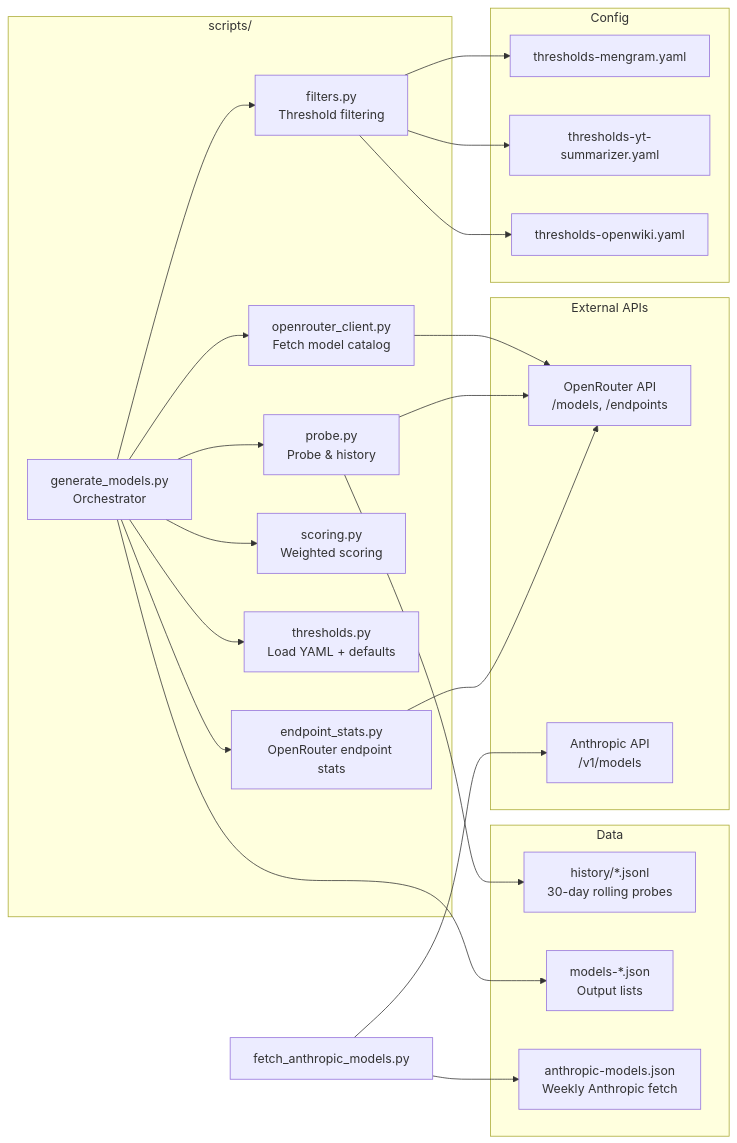
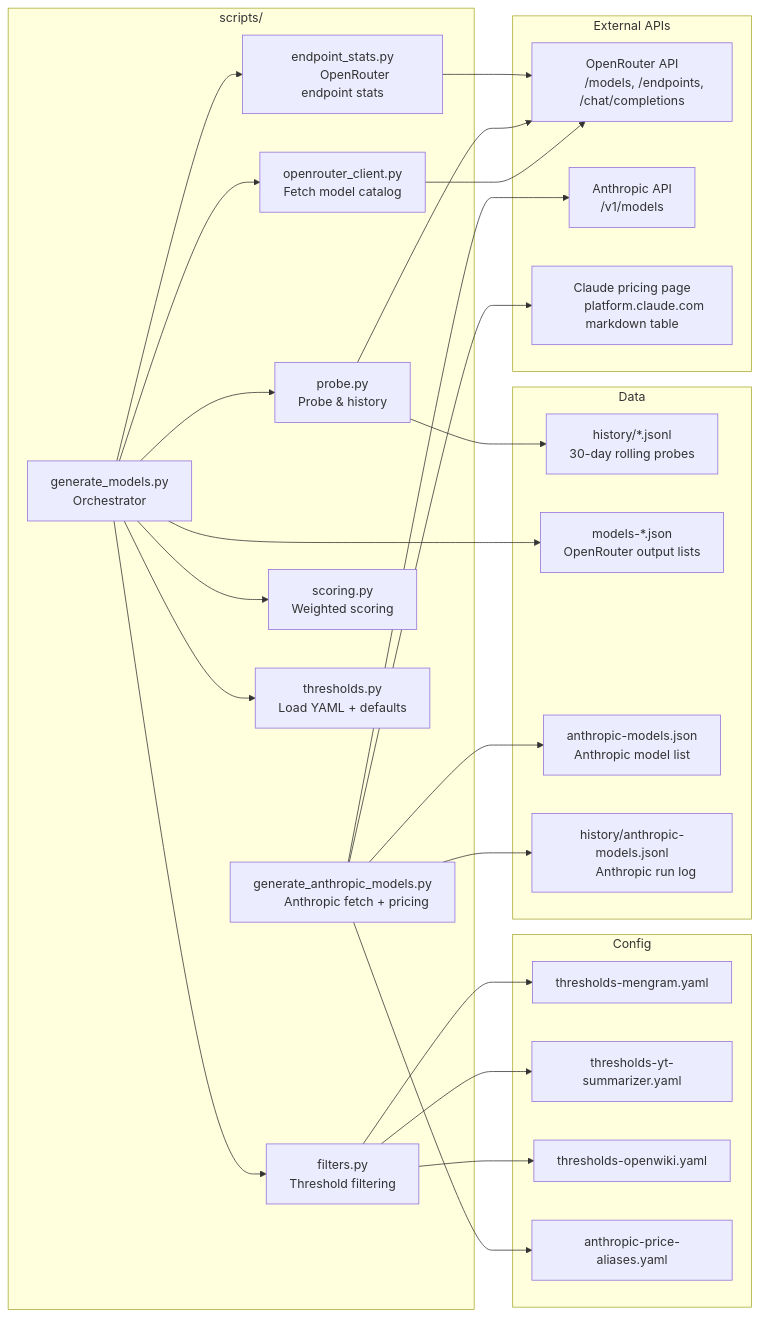
The second of 3 diagrams in openwiki/architecture/overview.md (smoochy/openrouter-model-list), drawn with Mermaid before and after one commit. The commit also changed other lines of this file and 27 other files, not shown here.

````diff
--- a/openwiki/architecture/overview.md
+++ b/openwiki/architecture/overview.md
@@ -80,58 +81,68 @@
 ```mermaid
 flowchart LR
     subgraph Scripts[scripts/]
         GM[generate_models.py
-Orchestrator]
+        Orchestrator]
+        GA[generate_anthropic_models.py
+        Anthropic fetch + pricing]
         FL[filters.py
-Threshold filtering]
+        Threshold filtering]
         ES[endpoint_stats.py
-OpenRouter endpoint stats]
+        OpenRouter endpoint stats]
         PR[probe.py
-Probe & history]
+        Probe & history]
         SC[scoring.py
-Weighted scoring]
+        Weighted scoring]
         TH[thresholds.py
-Load YAML + defaults]
+        Load YAML + defaults]
         OR[openrouter_client.py
-Fetch model catalog]
+        Fetch model catalog]
     end
 
     subgraph Config[Config]
         TM[thresholds-mengram.yaml]
         TY[thresholds-yt-summarizer.yaml]
         TO[thresholds-openwiki.yaml]
+        AA[anthropic-price-aliases.yaml]
     end
 
     subgraph Data[Data]
         HM[history/*.jsonl
-30-day rolling probes]
+        30-day rolling probes]
         MO[models-*.json
-Output lists]
+        OpenRouter output lists]
         AM[anthropic-models.json
-Weekly Anthropic fetch]
+        Anthropic model list]
+        AH[history/anthropic-models.jsonl
+        Anthropic run log]
     end
 
     subgraph External[External APIs]
         OR_API[OpenRouter API
-/models, /endpoints]
+        /models, /endpoints, /chat/completions]
         ANTH_API[Anthropic API
-/v1/models]
+        /v1/models]
+        CLAUDE_DOCS[Claude pricing page
+        platform.claude.com markdown table]
     end
 
     GM --> FL
     GM --> ES
     GM --> PR
     GM --> SC
     GM --> TH
     GM --> OR
     FL --> TM
     FL --> TY
     FL --> TO
     PR --> HM
     GM --> MO
     ES --> OR_API
     PR --> OR_API
     OR --> OR_API
-    E --> ANTH_API
-    E[fetch_anthropic_models.py] --> AM
+    GA --> ANTH_API
+    GA --> CLAUDE_DOCS
+    GA --> AA
+    GA --> AM
+    GA --> AH
 ```
````
